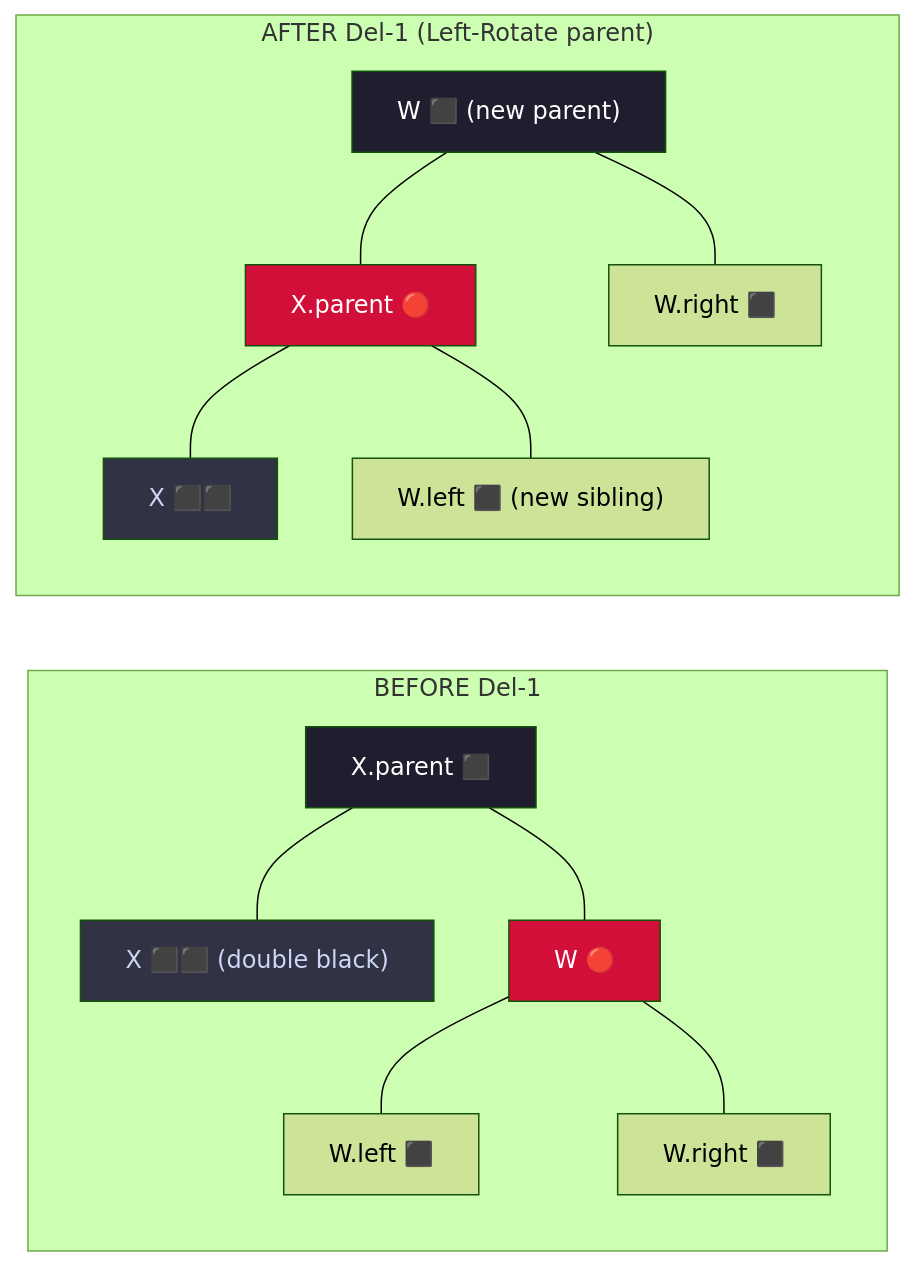
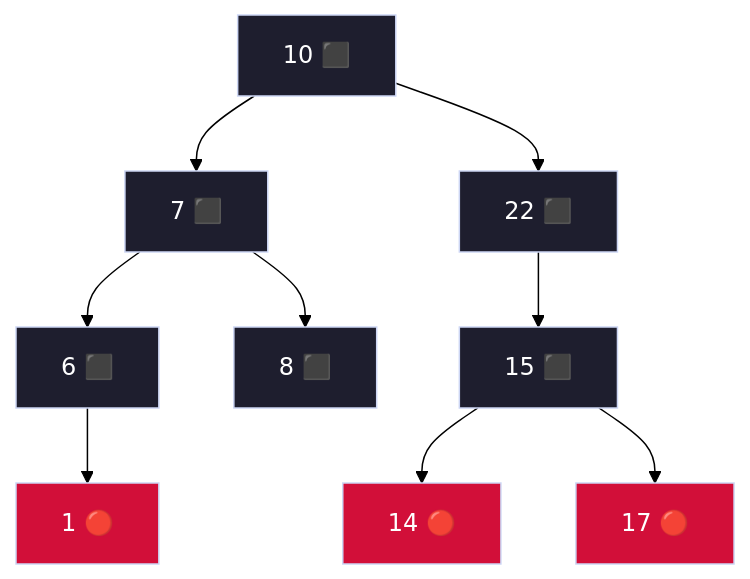
Before and after one commit to DeepLumiere/DeepSkills: diagram 14 of 29 in notes/design_and_analysis_of_algorithms/Unit_04_Advanced_Data_Structures.md, drawn with Mermaid (forest theme). The commit also changed other lines of this file, not shown here.

Commit message:
feat: add comprehensive notes and trace documentation for advanced data structures including Red-Black Trees

````diff
--- a/notes/design_and_analysis_of_algorithms/Unit_04_Advanced_Data_Structures.md
+++ b/notes/design_and_analysis_of_algorithms/Unit_04_Advanced_Data_Structures.md
@@ -236,21 +534,20 @@
 ```mermaid
-flowchart LR
-    subgraph "BEFORE Del-1"
-        P1["X.parent ⬛"] --- X1["X ⬛⬛ (double black)"]
-        P1 --- W1["W 🔴"]
-        W1 --- wl1["W.left ⬛"]
-        W1 --- wr1["W.right ⬛"]
-        style X1 fill:#313244,color:#cdd6f4
-        style W1 fill:#d20f39,color:#fff
-        style P1 fill:#1e1e2e,color:#fff
-    end
-    subgraph "AFTER Del-1 (Left-Rotate parent)"
-        W2["W ⬛ (new parent)"] --- P2["X.parent 🔴"]
-        W2 --- wr2["W.right ⬛"]
-        P2 --- X2["X ⬛⬛"]
-        P2 --- wl2["W.left ⬛ (new sibling)"]
-        style W2 fill:#1e1e2e,color:#fff
-        style P2 fill:#d20f39,color:#fff
-        style X2 fill:#313244,color:#cdd6f4
-    end
+flowchart TD
+    d2["10 ⬛"] --> d2l["7 ⬛"]
+    d2 --> d2r["22 ⬛"]
+    d2l --> d2ll["6 ⬛"]
+    d2l --> d2lr["8 ⬛"]
+    d2r --> d2rl["15 ⬛"]
+    d2ll --> d2lll["1 🔴"]
+    d2rl --> d2rll["14 🔴"]
+    d2rl --> d2rlr["17 🔴"]
+    style d2 fill:#1e1e2e,color:#fff,stroke:#cdd6f4
+    style d2l fill:#1e1e2e,color:#fff,stroke:#cdd6f4
+    style d2r fill:#1e1e2e,color:#fff,stroke:#cdd6f4
+    style d2ll fill:#1e1e2e,color:#fff,stroke:#cdd6f4
+    style d2lr fill:#1e1e2e,color:#fff,stroke:#cdd6f4
+    style d2rl fill:#1e1e2e,color:#fff,stroke:#cdd6f4
+    style d2lll fill:#d20f39,color:#fff,stroke:#cdd6f4
+    style d2rll fill:#d20f39,color:#fff,stroke:#cdd6f4
+    style d2rlr fill:#d20f39,color:#fff,stroke:#cdd6f4
 ```
````
